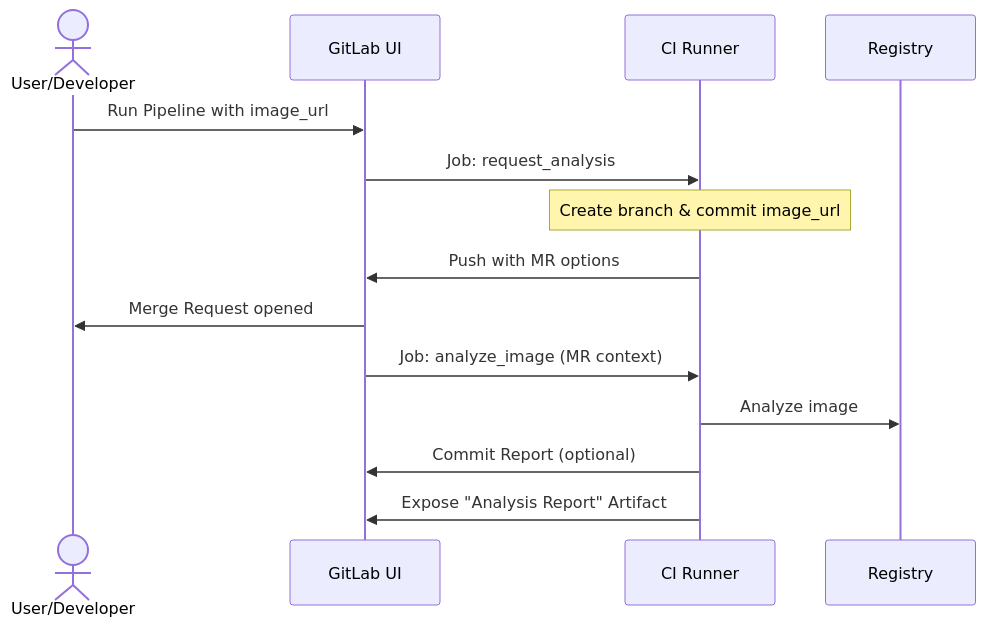
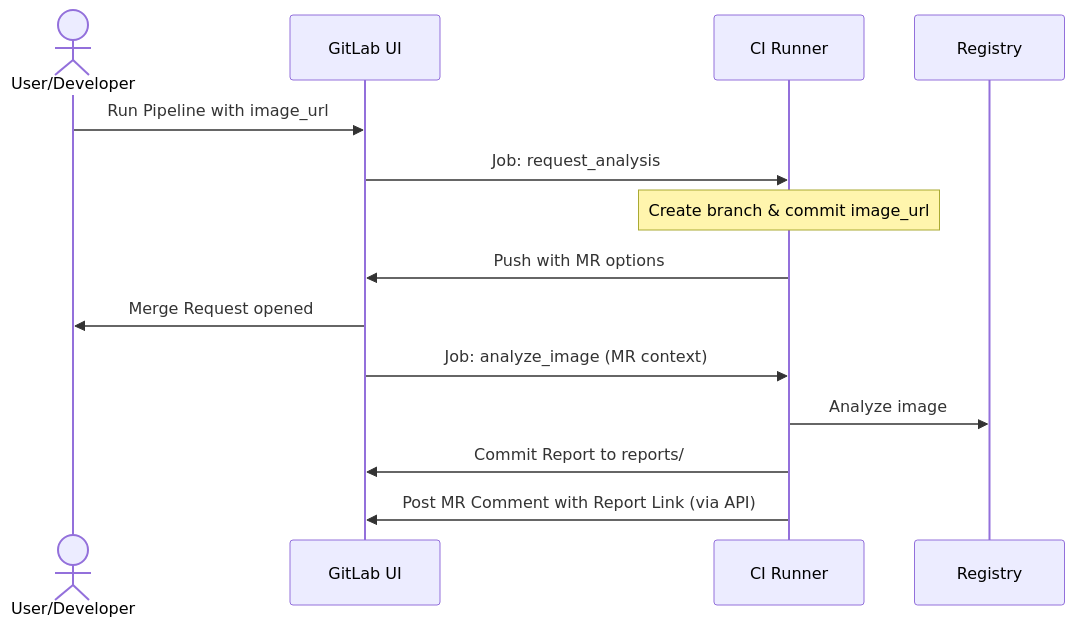
One commit to trivoallan/regis-cli changed the diagram in docs/modules/ROOT/pages/gitlab-workflow.adoc. Above: the diagram before and after it, drawn with Mermaid. The commit also changed other lines of this file and 2 other files, not shown here.

Commit message:
feat(review): enhance GitLab CI report delivery by committing to `reports/`, posting direct links to MR comments, and updating documentation.

```diff
--- a/docs/modules/ROOT/pages/gitlab-workflow.adoc
+++ b/docs/modules/ROOT/pages/gitlab-workflow.adoc
@@ -105,18 +105,18 @@
 [mermaid]
 ....
 sequenceDiagram
     actor User as User/Developer
     participant GL as GitLab UI
     participant CI as CI Runner
     participant Reg as Registry
 
     User->>GL: Run Pipeline with image_url
     GL->>CI: Job: request_analysis
     Note over CI: Create branch & commit image_url
     CI->>GL: Push with MR options
     GL->>User: Merge Request opened
     GL->>CI: Job: analyze_image (MR context)
     CI->>Reg: Analyze image
-    CI->>GL: Commit Report (optional)
-    CI->>GL: Expose "Analysis Report" Artifact
+    CI->>GL: Commit Report to reports/
+    CI->>GL: Post MR Comment with Report Link (via API)
 ....
```
